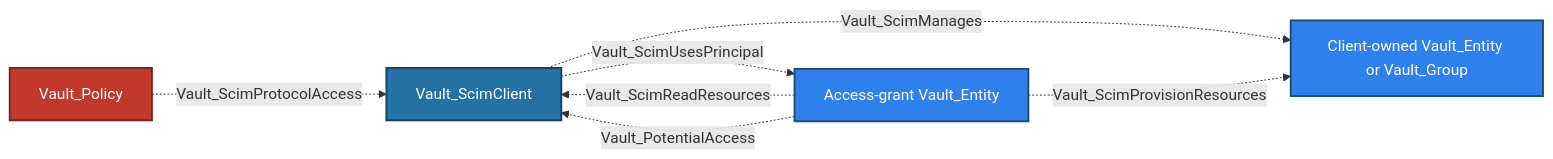
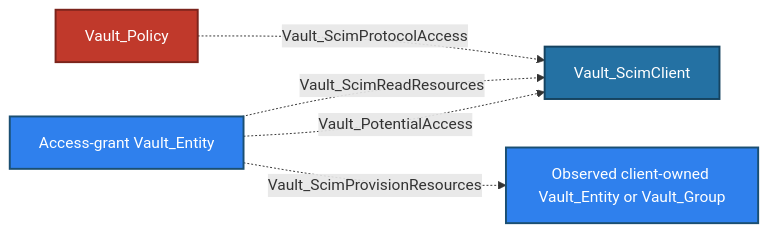
Diagram 13 of 14 in Documentation/stores/IDENTITY.md (bytewreck/opengraph-vault), drawn with Mermaid before and after one commit. The commit also changed other lines of this file and 5 other files, not shown here.

````diff
--- a/Documentation/stores/IDENTITY.md
+++ b/Documentation/stores/IDENTITY.md
@@ -538,14 +643,12 @@
 ```mermaid
 flowchart LR
-    client[Vault_ScimClient]:::scimNode -.->|Vault_ScimUsesPrincipal| principal[Access-grant Vault_Entity]:::entityNode
-    client -.->|Vault_ScimManages| resource["Client-owned Vault_Entity or Vault_Group"]:::identityNode
-    policy[Vault_Policy]:::policyNode -.->|Vault_ScimProtocolAccess| client
-    principal -.->|Vault_ScimReadResources| client
-    principal -.->|Vault_ScimProvisionResources| resource
+    policy[Vault_Policy]:::policyNode -.->|Vault_ScimProtocolAccess| client[Vault_ScimClient]:::scimNode
+    principal[Access-grant Vault_Entity]:::entityNode -.->|Vault_ScimReadResources| client
+    principal -.->|Vault_ScimProvisionResources| resource["Observed client-owned Vault_Entity or Vault_Group"]:::identityNode
     principal -.->|Vault_PotentialAccess| client
 
+    classDef policyNode fill:#C0392B,color:#fff,stroke:#7B241C,stroke-width:2px
     classDef scimNode fill:#2471A3,color:#fff,stroke:#154360,stroke-width:2px
     classDef entityNode fill:#2F80ED,color:#fff,stroke:#1B4F72,stroke-width:2px
     classDef identityNode fill:#2F80ED,color:#fff,stroke:#1B4F72,stroke-width:2px
-    classDef policyNode fill:#C0392B,color:#fff,stroke:#7B241C,stroke-width:2px
 ```
````
